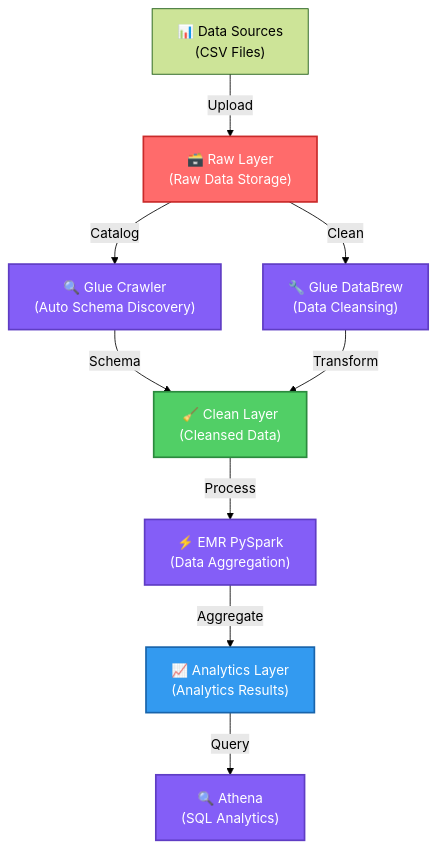
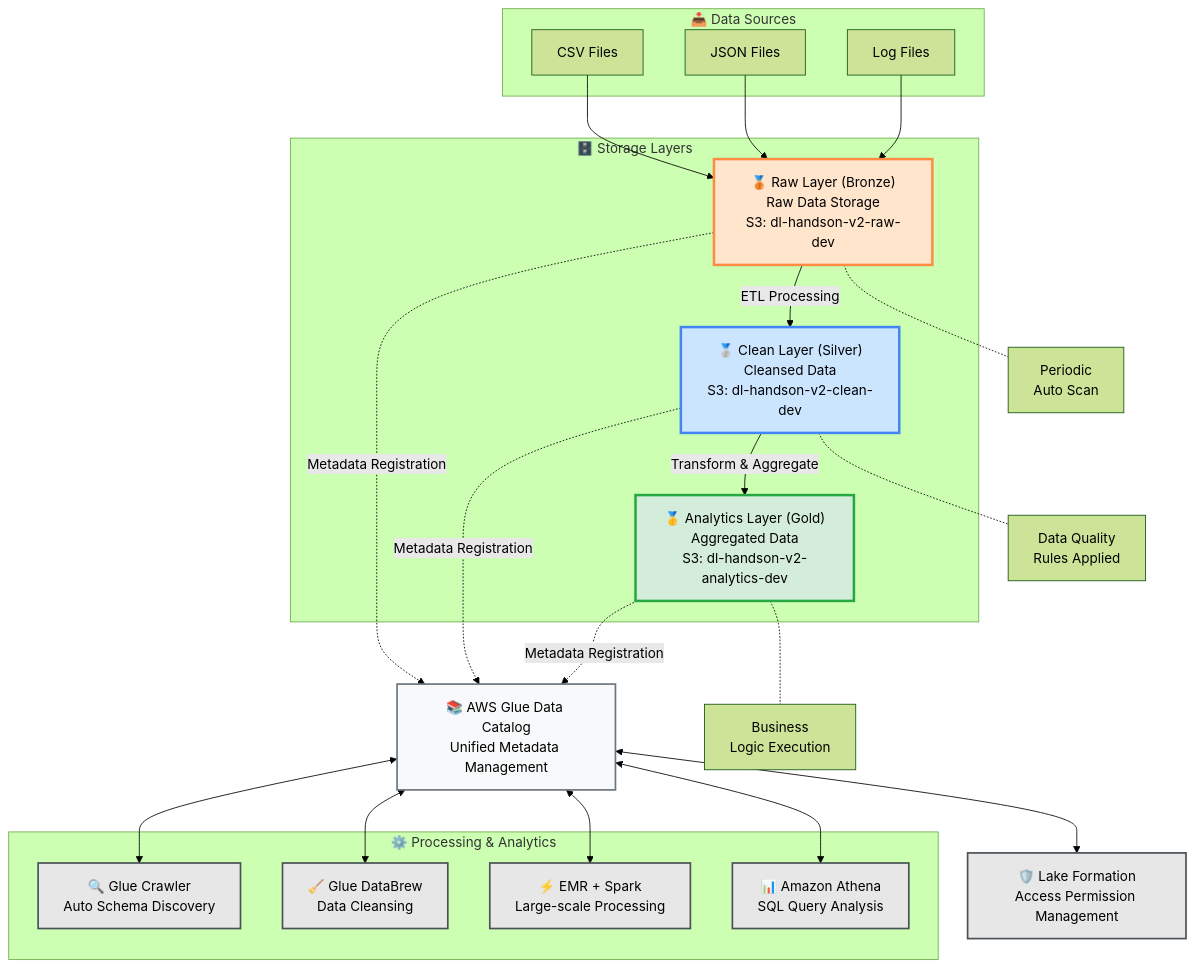
The diagram in README-EN.md (yincma/AWS-Handson-Datalake), drawn with Mermaid (forest theme) before and after one commit. The commit also changed other lines of this file and 2 other files, not shown here.

````diff
--- a/README-EN.md
+++ b/README-EN.md
@@ -50,36 +52,61 @@
 ```mermaid
 graph TB
     %% Style definitions
-    classDef rawLayer fill:#FF6B6B,stroke:#C92A2A,stroke-width:2px,color:#FFF
-    classDef cleanLayer fill:#51CF66,stroke:#2B8A3E,stroke-width:2px,color:#FFF
-    classDef analyticsLayer fill:#339AF0,stroke:#1864AB,stroke-width:2px,color:#FFF
-    classDef process fill:#845EF7,stroke:#5F3DC4,stroke-width:2px,color:#FFF
+    classDef rawStyle fill:#FFE5CC,stroke:#FF8C42,stroke-width:3px,color:#000
+    classDef cleanStyle fill:#CCE5FF,stroke:#4285F4,stroke-width:3px,color:#000
+    classDef analyticsStyle fill:#D4EDDA,stroke:#28A745,stroke-width:3px,color:#000
+    classDef catalogStyle fill:#F8F9FA,stroke:#6C757D,stroke-width:2px,color:#000
+    classDef processStyle fill:#E7E7E7,stroke:#495057,stroke-width:2px,color:#000
     
-    %% Components
-    Sources["📊 Data Sources<br/>(CSV Files)"]
-    Raw["🗃️ Raw Layer<br/>(Raw Data Storage)"]
-    Clean["🧹 Clean Layer<br/>(Cleansed Data)"]
-    Analytics["📈 Analytics Layer<br/>(Analytics Results)"]
+    %% Data Sources
+    subgraph sources["📥 Data Sources"]
+        DS1[CSV Files]
+        DS2[JSON Files]
+        DS3[Log Files]
+    end
     
-    %% Processing
-    Crawl["🔍 Glue Crawler<br/>(Auto Schema Discovery)"]
-    DataBrew["🔧 Glue DataBrew<br/>(Data Cleansing)"]
-    EMR["⚡ EMR PySpark<br/>(Data Aggregation)"]
-    Athena["🔍 Athena<br/>(SQL Analytics)"]
+    %% Storage Layers
+    subgraph storage["🗄️ Storage Layers"]
+        RAW["🥉 Raw Layer (Bronze)<br/>Raw Data Storage<br/>S3: dl-handson-v2-raw-dev"]:::rawStyle
+        CLEAN["🥈 Clean Layer (Silver)<br/>Cleansed Data<br/>S3: dl-handson-v2-clean-dev"]:::cleanStyle
+        ANALYTICS["🥇 Analytics Layer (Gold)<br/>Aggregated Data<br/>S3: dl-handson-v2-analytics-dev"]:::analyticsStyle
+    end
     
-    %% Data flow
-    Sources -->|"Upload"| Raw
-    Raw -->|"Catalog"| Crawl
-    Crawl -->|"Schema"| Clean
-    Raw -->|"Clean"| DataBrew
-    DataBrew -->|"Transform"| Clean
-    Clean -->|"Process"| EMR
-    EMR -->|"Aggregate"| Analytics
-    Analytics -->|"Query"| Athena
+    %% Catalog Layer
+    CATALOG["📚 AWS Glue Data Catalog<br/>Unified Metadata Management"]:::catalogStyle
     
-    %% Apply styles
-    class Raw rawLayer
-    class Clean cleanLayer
-    class Analytics analyticsLayer
-    class Crawl,DataBrew,EMR,Athena process
+    %% Processing Layer
+    subgraph processing["⚙️ Processing & Analytics"]
+        CRAWLER["🔍 Glue Crawler<br/>Auto Schema Discovery"]:::processStyle
+        DATABREW["🧹 Glue DataBrew<br/>Data Cleansing"]:::processStyle
+        EMR["⚡ EMR + Spark<br/>Large-scale Processing"]:::processStyle
+        ATHENA["📊 Amazon Athena<br/>SQL Query Analysis"]:::processStyle
+    end
+    
+    %% Governance
+    LAKEFORMATION["🛡️ Lake Formation<br/>Access Permission Management"]:::processStyle
+    
+    %% Data Flow
+    DS1 --> RAW
+    DS2 --> RAW
+    DS3 --> RAW
+    
+    RAW -->|ETL Processing| CLEAN
+    CLEAN -->|Transform & Aggregate| ANALYTICS
+    
+    RAW -.->|Metadata Registration| CATALOG
+    CLEAN -.->|Metadata Registration| CATALOG
+    ANALYTICS -.->|Metadata Registration| CATALOG
+    
+    CATALOG <--> CRAWLER
+    CATALOG <--> DATABREW
+    CATALOG <--> EMR
+    CATALOG <--> ATHENA
+    
+    CATALOG <--> LAKEFORMATION
+    
+    %% Annotations
+    RAW -.- crawlerNote["Periodic<br/>Auto Scan"]
+    CLEAN -.- databrewNote["Data Quality<br/>Rules Applied"]
+    ANALYTICS -.- emrNote["Business<br/>Logic Execution"]
 ```
````
